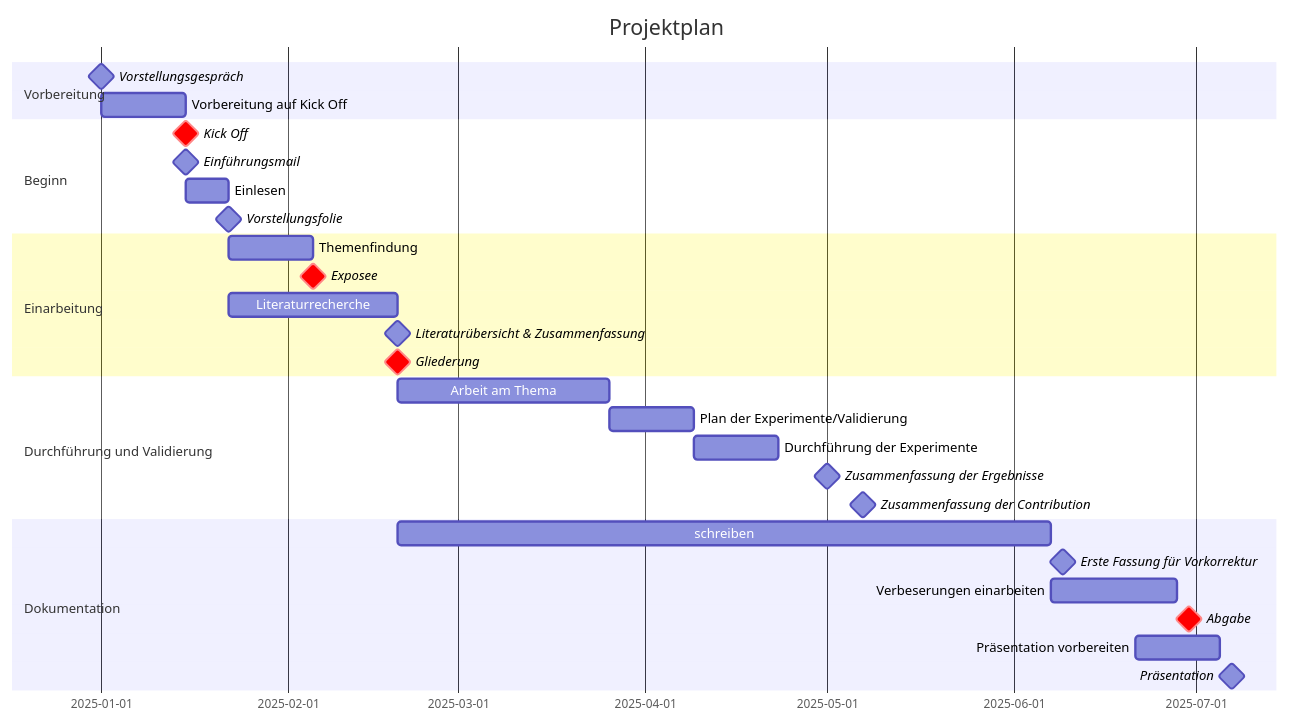
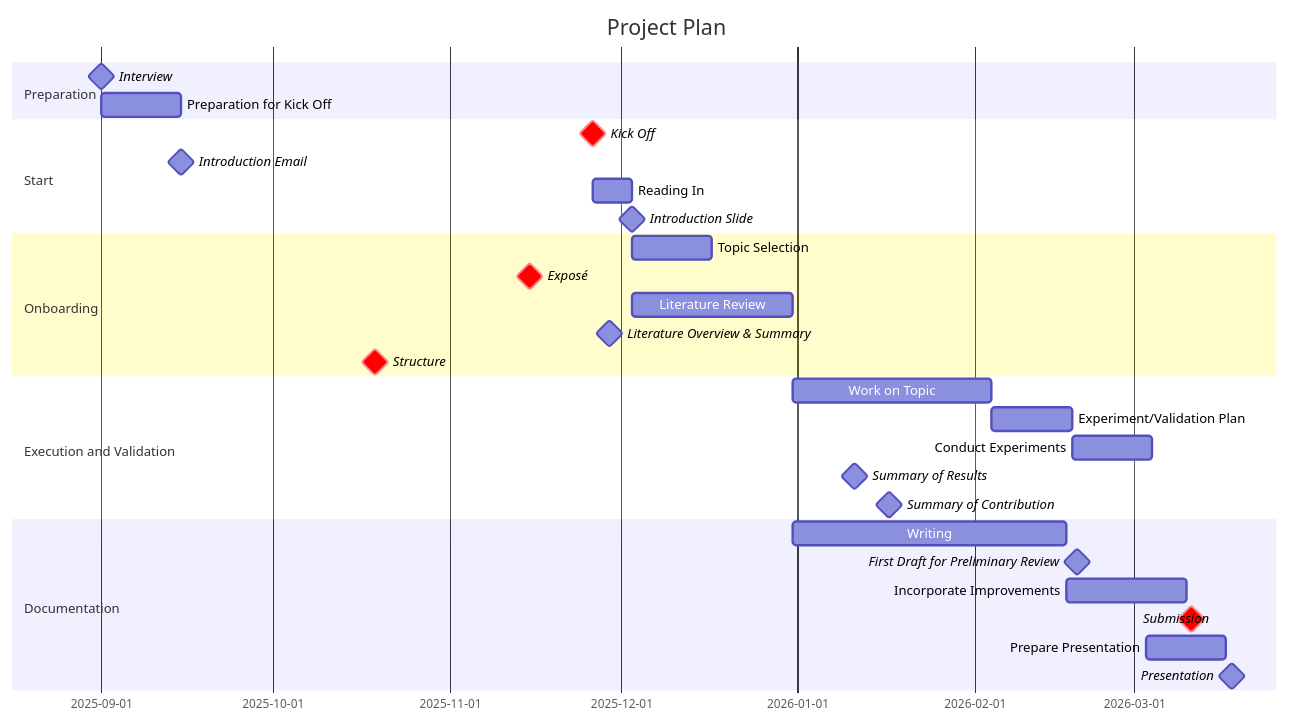
One commit to AniiBis/trial- changed the diagram in TemplateTimetable.md. Above: the diagram before and after it, drawn with Mermaid.

````diff
--- a/TemplateTimetable.md
+++ b/TemplateTimetable.md
@@ -1,40 +1,34 @@
 ```mermaid
 gantt
-    title Projektplan
-    dateFormat  YYYY-MM-DD
-    todaymarker on
-    
-    section Vorbereitung
-    Vorstellungsgespräch: milestone, 2025-01-01, 0d
-    Vorbereitung auf Kick Off: id1, 2025-01-01, 14d
-    
-    section Beginn
-    Kick Off: milestone, crit, 2025-01-15, 0d
-    Einführungsmail: milestone, 2025-01-15, 0d
-    Einlesen: id2, 2025-01-15, 7d
-    Vorstellungsfolie: milestone, 2025-01-22, 0d
-    
-    section Einarbeitung
-    Themenfindung: id3, after id2, 14d
-    Exposee: milestone, crit, 2025-02-05, 0d
-    
-    Literaturrecherche: id4, after id2, 4w
-    Literaturübersicht & Zusammenfassung: milestone, 2025-02-19, 0d
-    Gliederung: milestone, crit, 2025-02-19, 0d
-    
-    section Durchführung und Validierung
-    Arbeit am Thema: id6, after id4, 5w
-    Plan der Experimente/Validierung: id7, after id6, 2w
-    Durchführung der Experimente: idx, after id7, 14d
-    Zusammenfassung der Ergebnisse: milestone, 2025-05-01, 0d
-    Zusammenfassung der Contribution: milestone, 2025-05-7, 0d
-    
-    section Dokumentation
-    schreiben: idschreiben, after id4, 2025-06-07
-    Erste Fassung für Vorkorrektur: milestone, 2025-06-09, 0d
-    Verbeserungen einarbeiten: id11, after idschreiben, 21d
-    Abgabe: milestone, crit, 2025-06-30, 0d
-    Präsentation vorbereiten: id12, 2025-06-21, 14d
-    Präsentation: milestone, 2025-07-07, 0d
+title Project Plan
+dateFormat YYYY-MM-DD
+todaymarker on
+section Preparation
+Interview: milestone, 2025-09-01, 0d
+Preparation for Kick Off: id1, 2025-09-01, 14d
+section Start
+Kick Off: milestone, crit, 2025-11-26, 0d
+Introduction Email: milestone, 2025-09-15, 0d
+Reading In: id2, 2025-11-26, 7d
+Introduction Slide: milestone, 2025-12-03, 0d
+section Onboarding
+Topic Selection: id3, after id2, 14d
+Exposé: milestone, crit, 2025-11-15, 0d
+Literature Review: id4, after id2, 4w
+Literature Overview & Summary: milestone, 2025-11-29, 0d
+Structure: milestone, crit, 2025-10-19, 0d
+Section Execution and Validation
+Work on Topic: id6, after id4, 5w
+Experiment/Validation Plan: id7, after id6, 2w
+Conduct Experiments: idx, after id7, 14d
+Summary of Results: milestone, 2026-01-11, 0d
+Summary of Contribution: milestone, 2026-01-17, 0d
+section Documentation
+Writing: idschreiben, after id4, 2026-02-17
+First Draft for Preliminary Review: milestone, 2026-02-19, 0d
+Incorporate Improvements: id11, after idschreiben, 21d
+Submission: milestone, crit, 2026-03-11, 0d
+Prepare Presentation: id12, 2026-03-03, 14d
+Presentation: milestone, 2026-03-18, 0d
 
 ```
````
